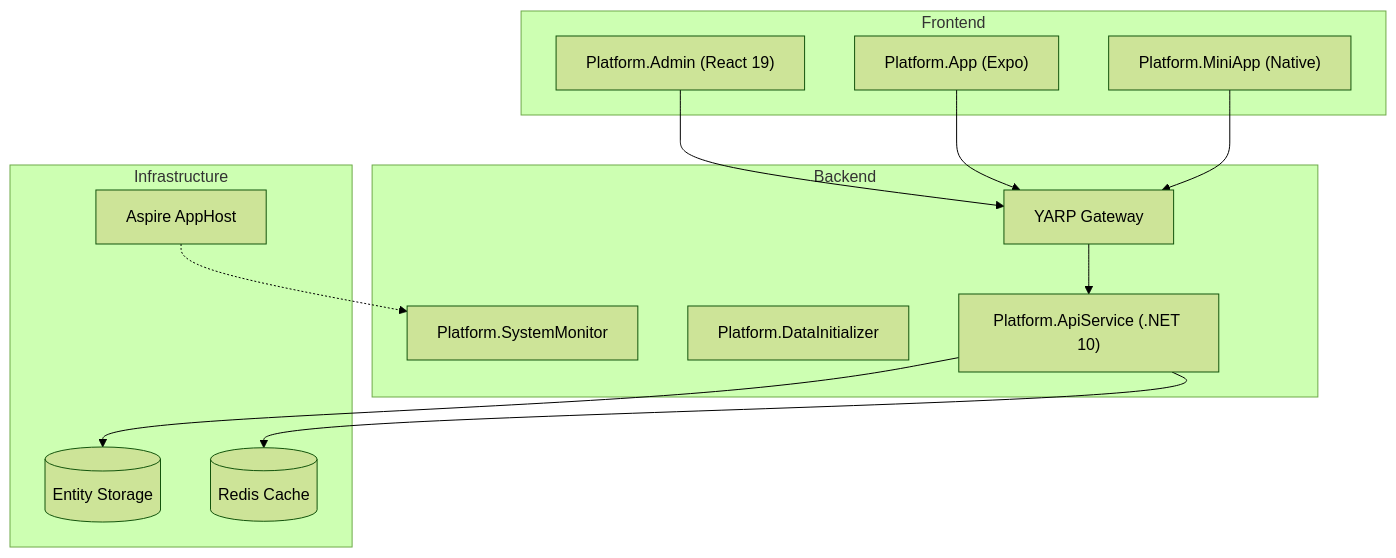
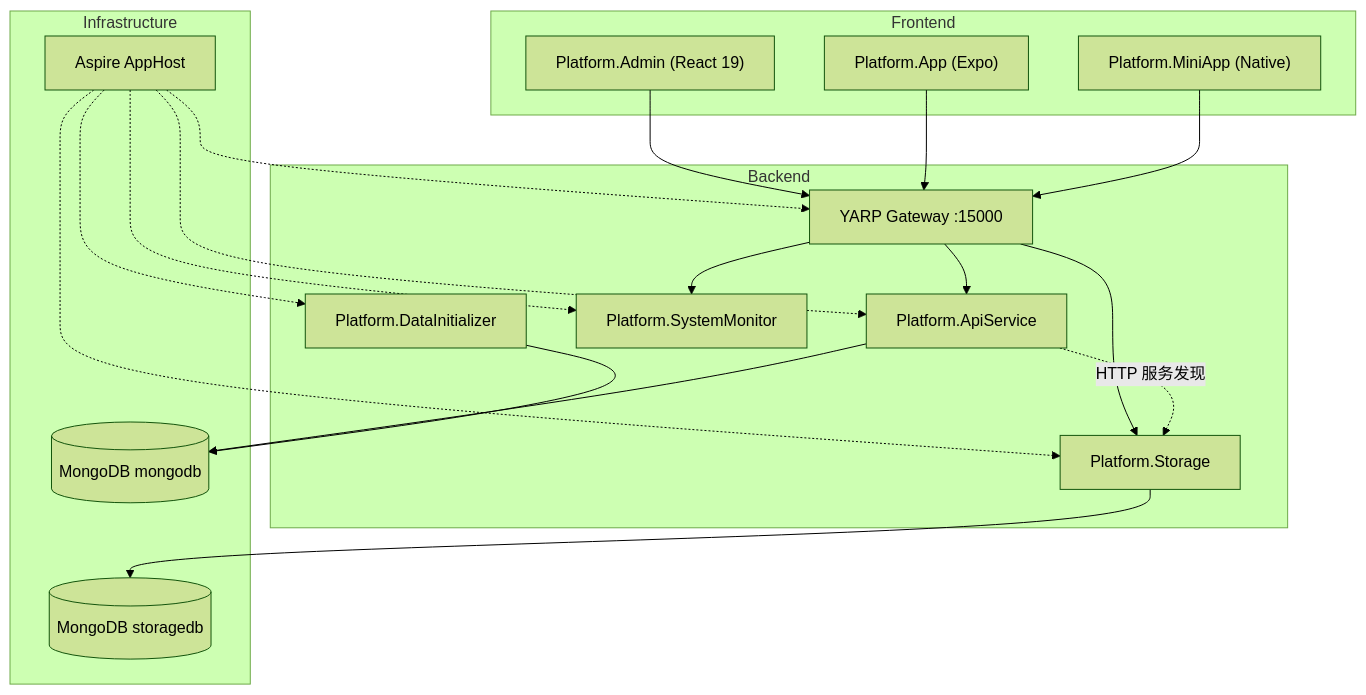
One commit to wjw1-Evan/aspire-admin changed the diagram in README.md. Above: the diagram before and after it, drawn with Mermaid (forest theme). The commit also changed other lines of this file and 3 other files, not shown here.

First line of the commit message:
docs: 同步开发文档与当前编排（Storage、卫星认证、Redis 可选）

````diff
--- a/README.md
+++ b/README.md
@@ -55,26 +57,36 @@
 ```mermaid
 graph TD
     subgraph Frontend
         Admin["Platform.Admin (React 19)"]
         App["Platform.App (Expo)"]
         MiniApp["Platform.MiniApp (Native)"]
     end
     
     subgraph Backend
-        Gateway["YARP Gateway"]
-        ApiService["Platform.ApiService (.NET 10)"]
+        Gateway["YARP Gateway :15000"]
+        ApiService["Platform.ApiService"]
+        Storage["Platform.Storage"]
+        SysMonitor["Platform.SystemMonitor"]
         DataInit["Platform.DataInitializer"]
-        SysMonitor["Platform.SystemMonitor"]
     end
     
     subgraph Infrastructure
         Aspire["Aspire AppHost"]
-        DB[(Entity Storage)]
-        Cache[(Redis Cache)]
+        MongoMain[(MongoDB mongodb)]
+        MongoStore[(MongoDB storagedb)]
     end
     
     Admin & App & MiniApp --> Gateway
     Gateway --> ApiService
-    ApiService --> DB & Cache
+    Gateway --> Storage
+    Gateway --> SysMonitor
+    ApiService --> MongoMain
+    ApiService -.->|HTTP 服务发现| Storage
+    Storage --> MongoStore
+    Aspire -.-> Gateway
+    Aspire -.-> ApiService
+    Aspire -.-> Storage
     Aspire -.-> SysMonitor
+    Aspire -.-> DataInit
+    DataInit --> MongoMain
 ```
````
